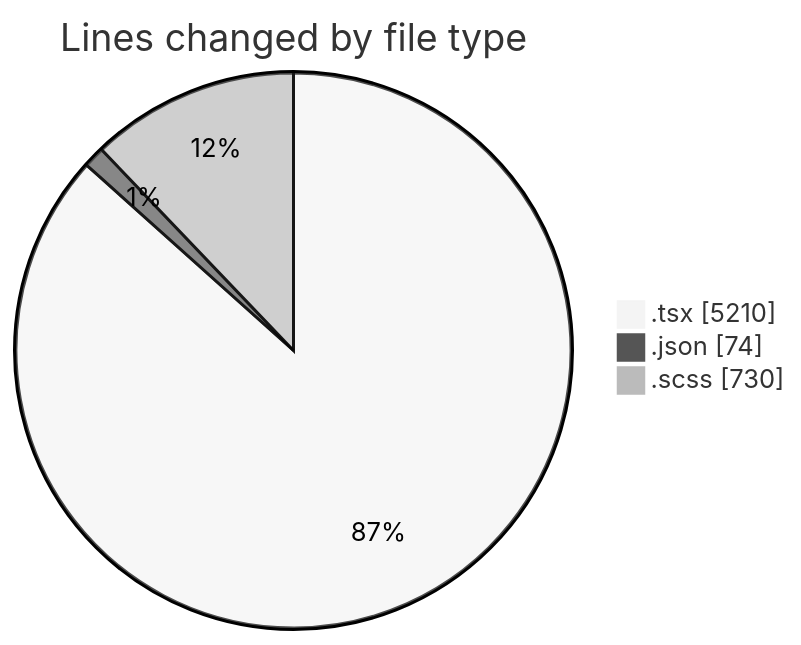
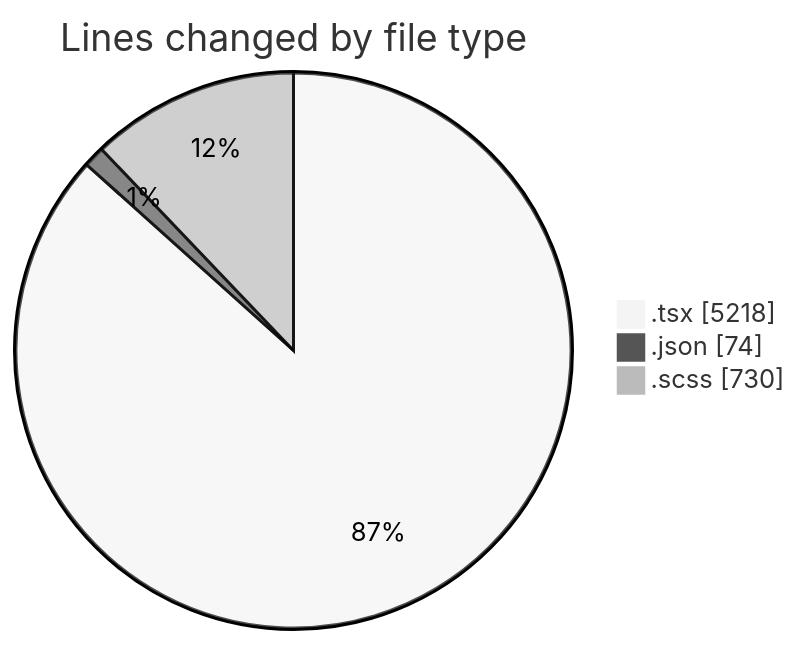
The first of 2 diagrams in 2025-04-08/cda/README.md (momahboobian/code-tracking), drawn with Mermaid (neutral theme) before and after one commit. The commit also changed other lines of this file and 1 other file, not shown here.

````diff
--- a/2025-04-08/cda/README.md
+++ b/2025-04-08/cda/README.md
@@ -36,7 +36,7 @@
 ```mermaid
 pie showData
 title Lines changed by file type
-".tsx" : 5210
+".tsx" : 5218
 ".json" : 74
 ".scss" : 730
 ```
````
